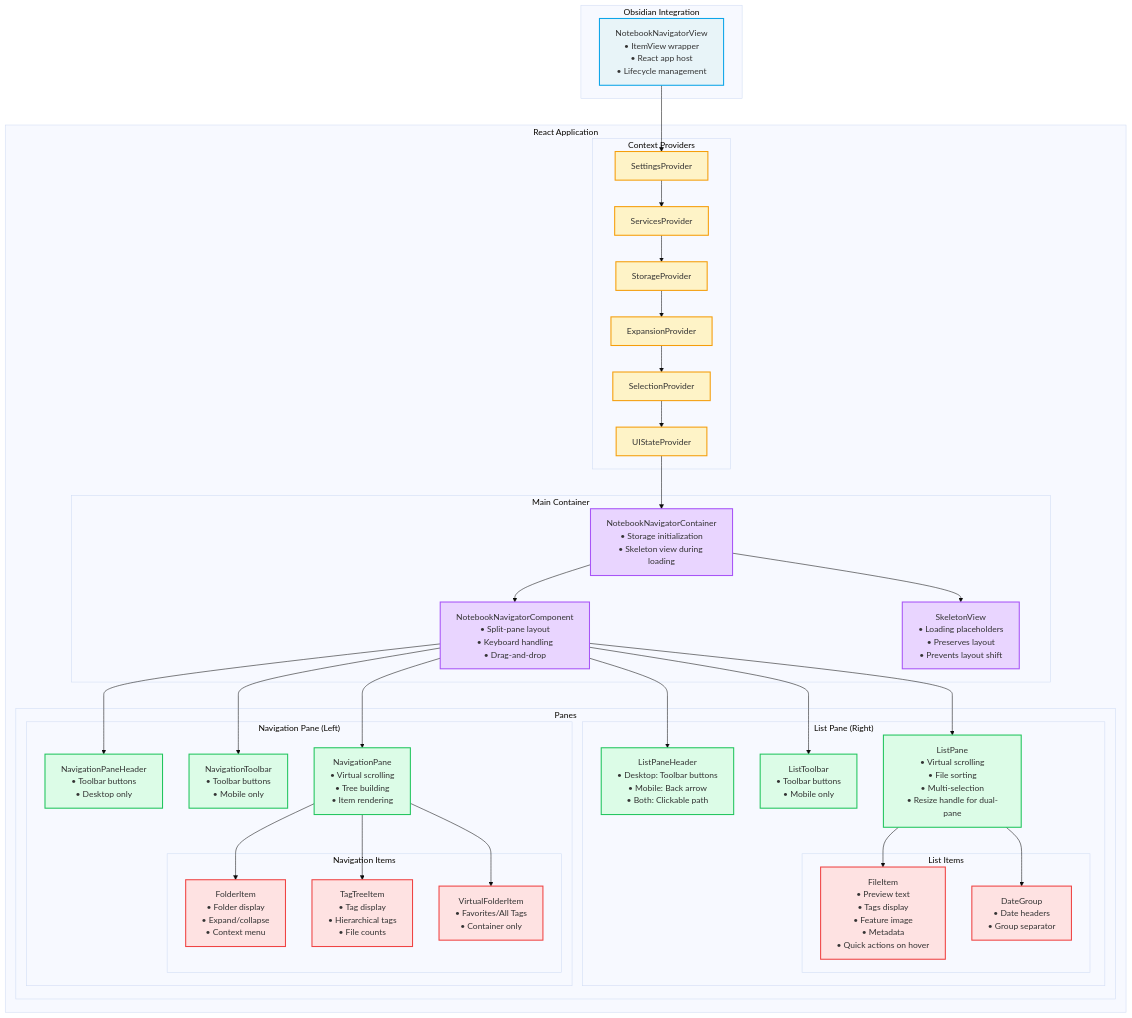
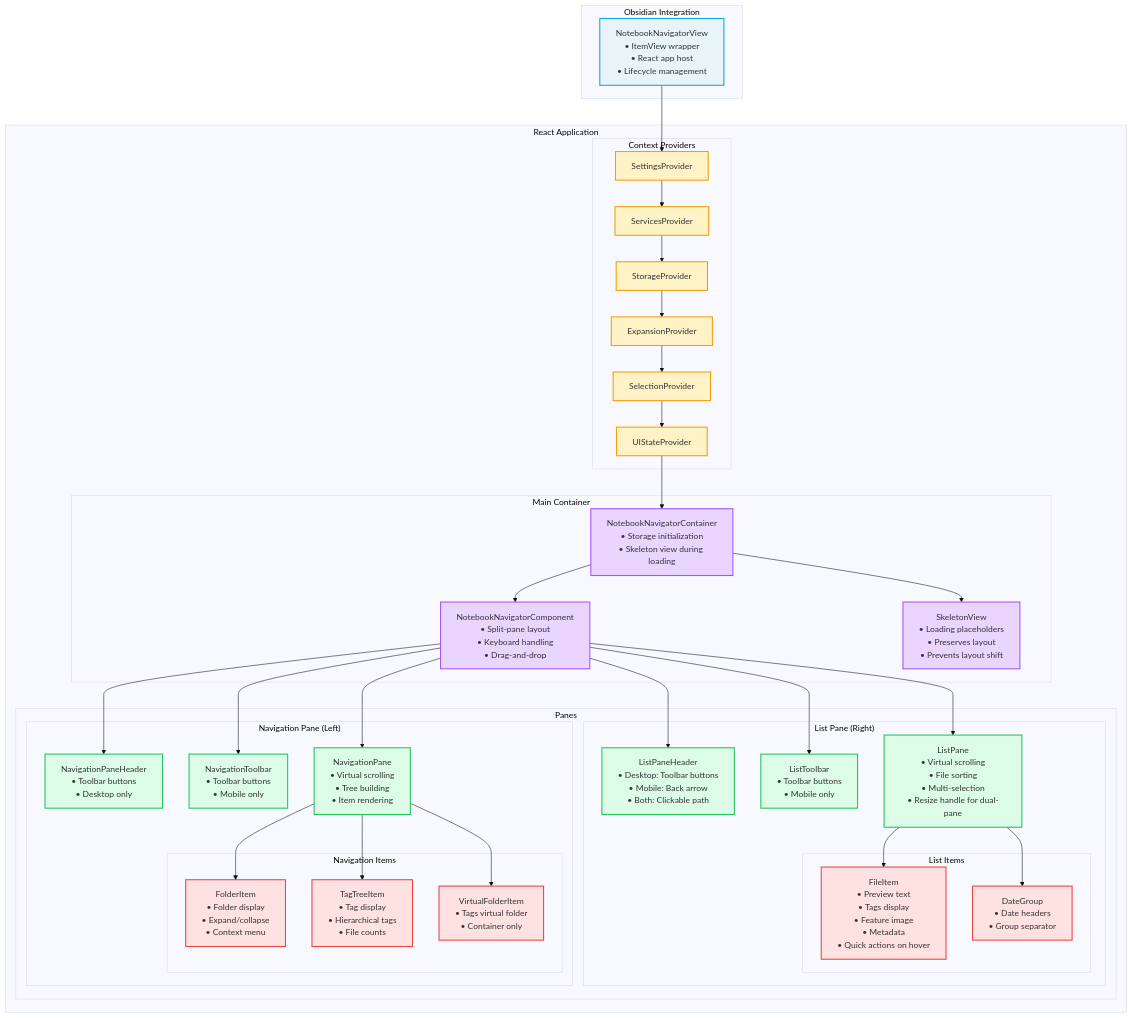
Before and after one commit to psxvoid/notebook-navigator: the first of 4 diagrams in docs/rendering-architecture.md, drawn with Mermaid (base theme). The commit also changed other lines of this file and 43 other files, not shown here.

```diff
--- a/docs/rendering-architecture.md
+++ b/docs/rendering-architecture.md
@@ -88,7 +88,7 @@
                 subgraph "Navigation Items"
                     FI[FolderItem<br/>• Folder display<br/>• Expand/collapse<br/>• Context menu]
                     TTI[TagTreeItem<br/>• Tag display<br/>• Hierarchical tags<br/>• File counts]
-                    VFI[VirtualFolderItem<br/>• Favorites/All Tags<br/>• Container only]
+                    VFI[VirtualFolderItem<br/>• Tags virtual folder<br/>• Container only]
                 end
             end
         end
```
